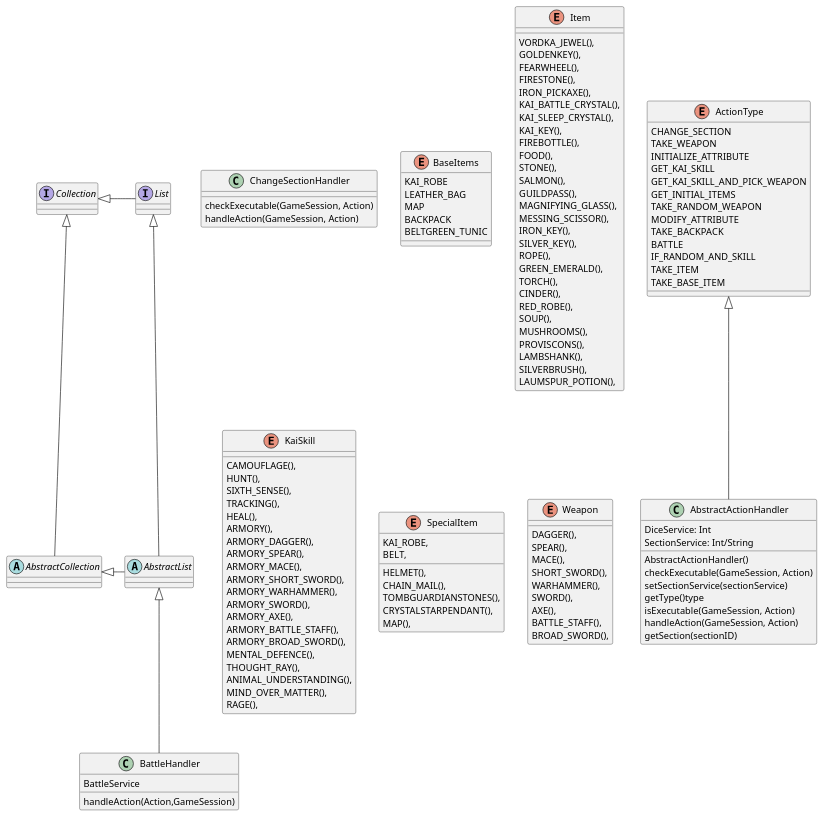
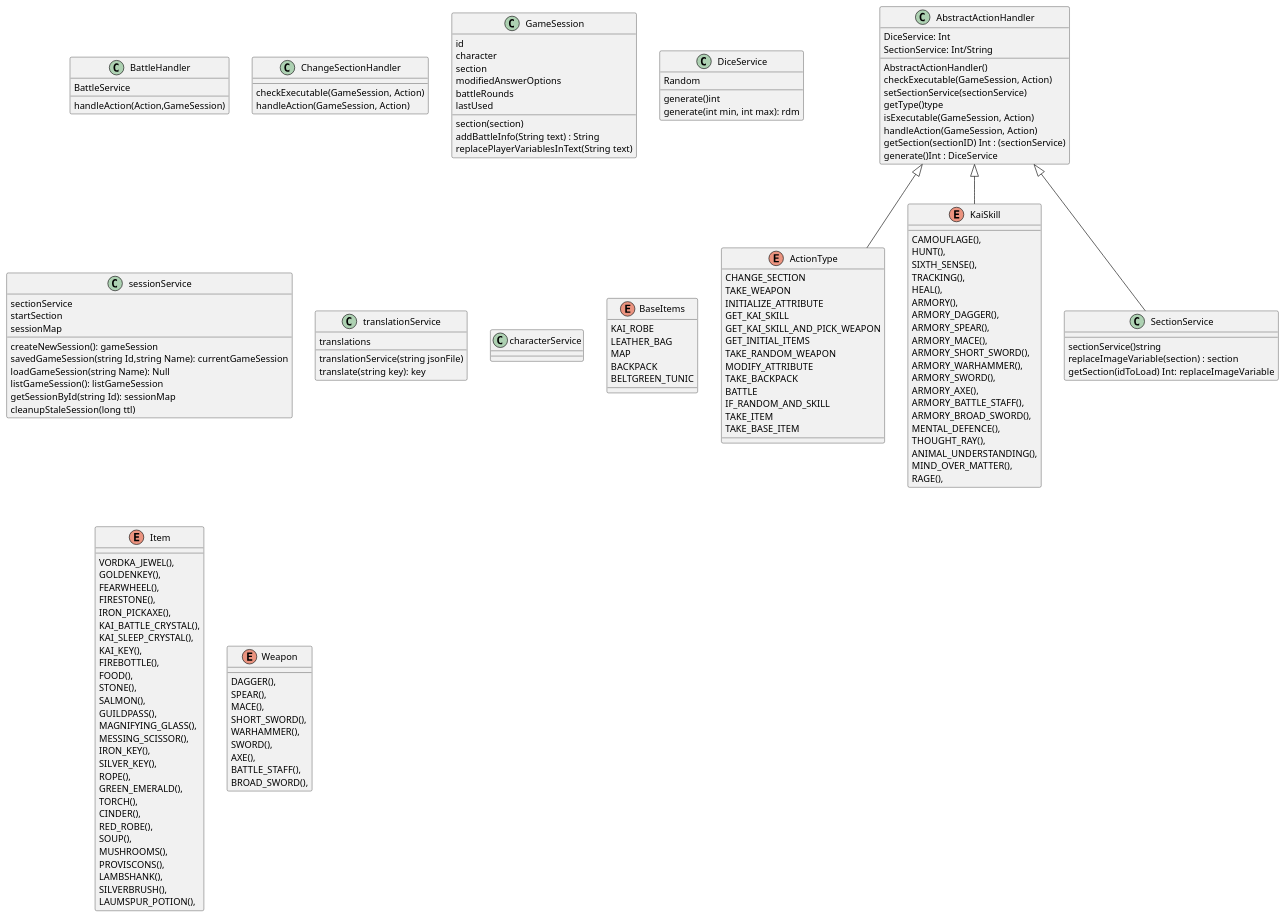
Before and after one commit to Ventar/EinsamerWolfGame: the diagram in engine/src/main/java/net/atos/wolf/services/ui/handler.puml, drawn with PlantUML. The commit also changed 8 other files, not shown here.

Commit message:
fixed gold and base items, added game session tobattlehandler

```diff
--- a/engine/src/main/java/net/atos/wolf/services/ui/handler.puml
+++ b/engine/src/main/java/net/atos/wolf/services/ui/handler.puml
@@ -1,136 +1,161 @@
 @startuml
 'https://plantuml.com/class-diagram
 
-abstract class AbstractList
-abstract AbstractCollection
-interface List
-interface Collection
 
-List <|-- AbstractList
-Collection <|-- AbstractCollection
 
-Collection <|- List
-AbstractCollection <|- AbstractList
-AbstractList <|-- BattleHandler
-ActionType <|-- AbstractActionHandler
-
+AbstractActionHandler <|-- ActionType
+AbstractActionHandler <|-- KaiSkill
+AbstractActionHandler <|-- SectionService
 class BattleHandler {
 BattleService
 handleAction(Action,GameSession)
 }
 class ChangeSectionHandler {
 checkExecutable(GameSession, Action)
 handleAction(GameSession, Action)
+}
+class SectionService{
+sectionService()string
+replaceImageVariable(section) : section
+getSection(idToLoad) Int: replaceImageVariable
 }
 class AbstractActionHandler{
 DiceService: Int
 SectionService: Int/String
 AbstractActionHandler()
 checkExecutable(GameSession, Action)
 setSectionService(sectionService)
 getType()type
 isExecutable(GameSession, Action)
 handleAction(GameSession, Action)
-getSection(sectionID)
+getSection(sectionID) Int : (sectionService)
+generate()Int : DiceService
+}
+
+class GameSession{
+id
+character
+section
+modifiedAnswerOptions
+battleRounds
+lastUsed
+section(section)
+addBattleInfo(String text) : String
+replacePlayerVariablesInText(String text)
+   
+}
+class DiceService{
+Random
+generate()int
+generate(int min, int max): rdm
+}
+class sessionService{
+sectionService
+startSection
+sessionMap
+createNewSession(): gameSession
+savedGameSession(string Id,string Name): currentGameSession
+loadGameSession(string Name): Null
+listGameSession(): listGameSession
+getSessionById(string Id): sessionMap
+cleanupStaleSession(long ttl)
+}
+class translationService{
+translations
+translationService(string jsonFile)
+translate(string key): key
+}
+class characterService{
 
 }
 enum ActionType {
 CHANGE_SECTION
 TAKE_WEAPON
 INITIALIZE_ATTRIBUTE
 GET_KAI_SKILL
 GET_KAI_SKILL_AND_PICK_WEAPON
 GET_INITIAL_ITEMS
 TAKE_RANDOM_WEAPON
 MODIFY_ATTRIBUTE
 TAKE_BACKPACK
 BATTLE
 IF_RANDOM_AND_SKILL
 TAKE_ITEM
 TAKE_BASE_ITEM
 }
 enum BaseItems {
 KAI_ROBE
 LEATHER_BAG
 MAP
 BACKPACK
 BELTGREEN_TUNIC
 
 }
 
 enum Item {
 VORDKA_JEWEL(),
     GOLDENKEY(),
     FEARWHEEL(),
     FIRESTONE(),
     IRON_PICKAXE(),
     KAI_BATTLE_CRYSTAL(),
     KAI_SLEEP_CRYSTAL(),
     KAI_KEY(),
     FIREBOTTLE(),
     FOOD(),
     STONE(),
     SALMON(),
     GUILDPASS(),
     MAGNIFYING_GLASS(),
     MESSING_SCISSOR(),
     IRON_KEY(),
     SILVER_KEY(),
     ROPE(),
     GREEN_EMERALD(),
     TORCH(),
     CINDER(),
     RED_ROBE(),
     SOUP(),
     MUSHROOMS(),
     PROVISCONS(),
     LAMBSHANK(),
     SILVERBRUSH(),
     LAUMSPUR_POTION(),
 }
 enum KaiSkill {
  CAMOUFLAGE(),
     HUNT(),
     SIXTH_SENSE(),
     TRACKING(),
     HEAL(),
     ARMORY(),
     ARMORY_DAGGER(),
     ARMORY_SPEAR(),
     ARMORY_MACE(),
     ARMORY_SHORT_SWORD(),
     ARMORY_WARHAMMER(),
     ARMORY_SWORD(),
     ARMORY_AXE(),
     ARMORY_BATTLE_STAFF(),
     ARMORY_BROAD_SWORD(),
     MENTAL_DEFENCE(),
     THOUGHT_RAY(),
     ANIMAL_UNDERSTANDING(),
     MIND_OVER_MATTER(),
     RAGE(),
 
 }
-enum SpecialItem {
-HELMET(),
-CHAIN_MAIL(),
-    TOMBGUARDIANSTONES(),
-    CRYSTALSTARPENDANT(),
-    MAP(),
-    KAI_ROBE,
-    BELT,
 
-}
 enum Weapon {
 DAGGER(),
     SPEAR(),
     MACE(),
     SHORT_SWORD(),
     WARHAMMER(),
     SWORD(),
     AXE(),
     BATTLE_STAFF(),
     BROAD_SWORD(),
 }
 
 @enduml
```
